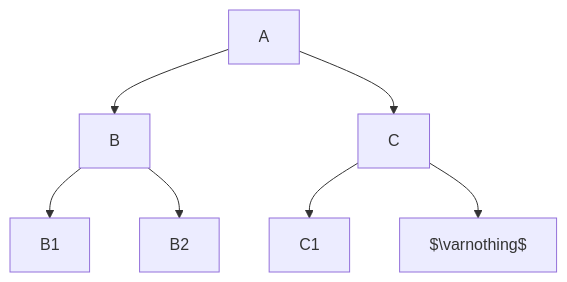
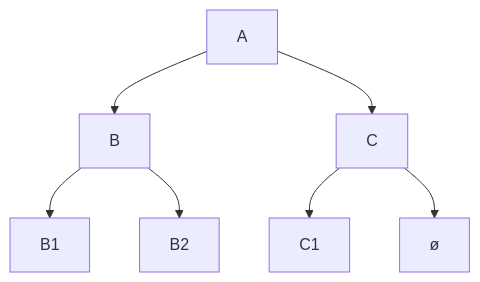
One commit to anhgelus/course changed the diagram in semestre 3/structures des données/5- File de priorité.md. Above: the diagram before and after it, drawn with Mermaid. The commit also changed 27 other files, not shown here.

````diff
--- a/semestre 3/structures des données/5- File de priorité.md
+++ b/semestre 3/structures des données/5- File de priorité.md
@@ -18,9 +18,9 @@
 ```mermaid
 flowchart TB
 	A --> B
 	A --> C
 	B --> B1
 	B --> B2
 	C --> C1
-	C --> C2["$\varnothing$"]
+	C --> C2["ø"]
 ```
````
